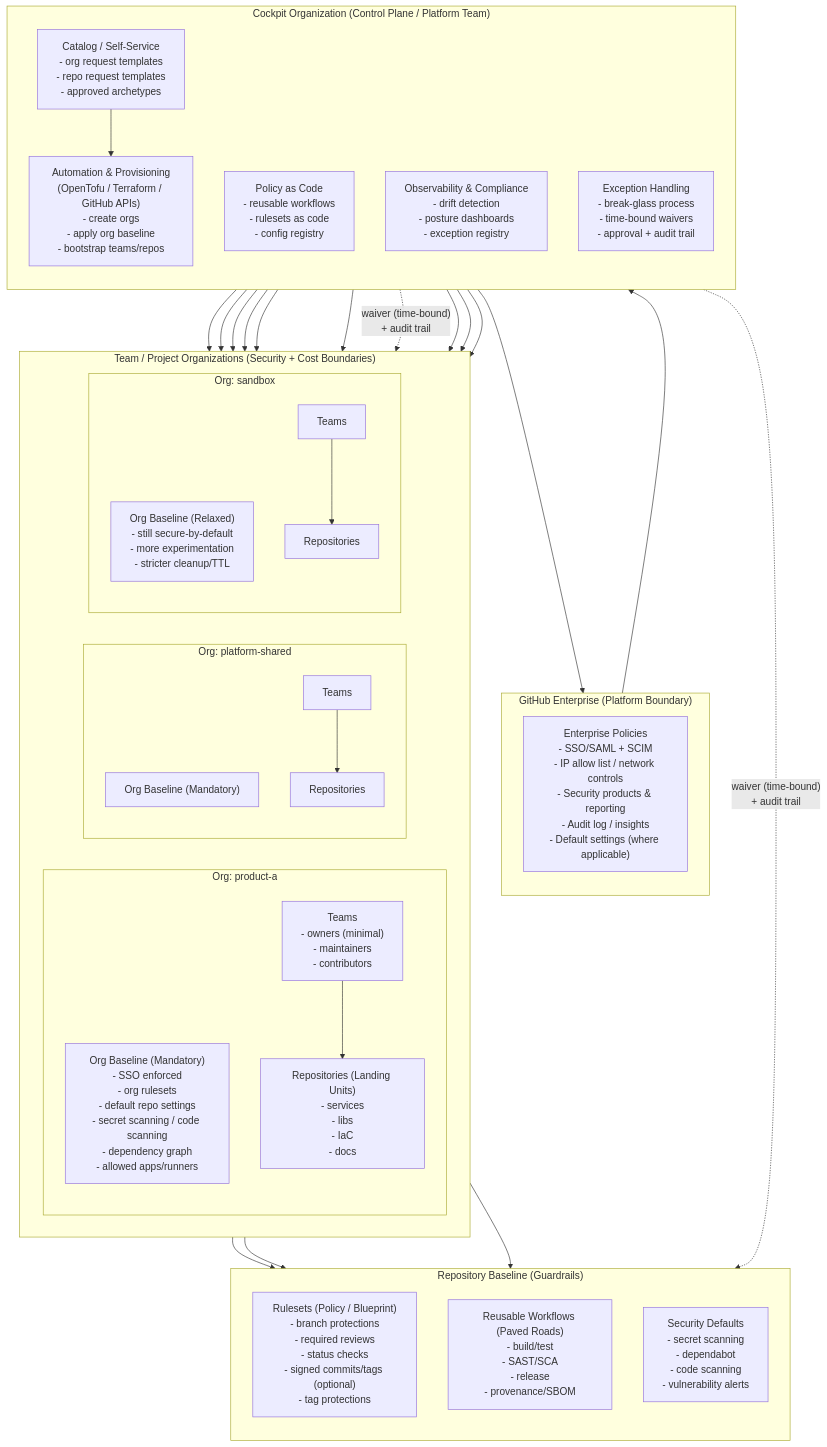
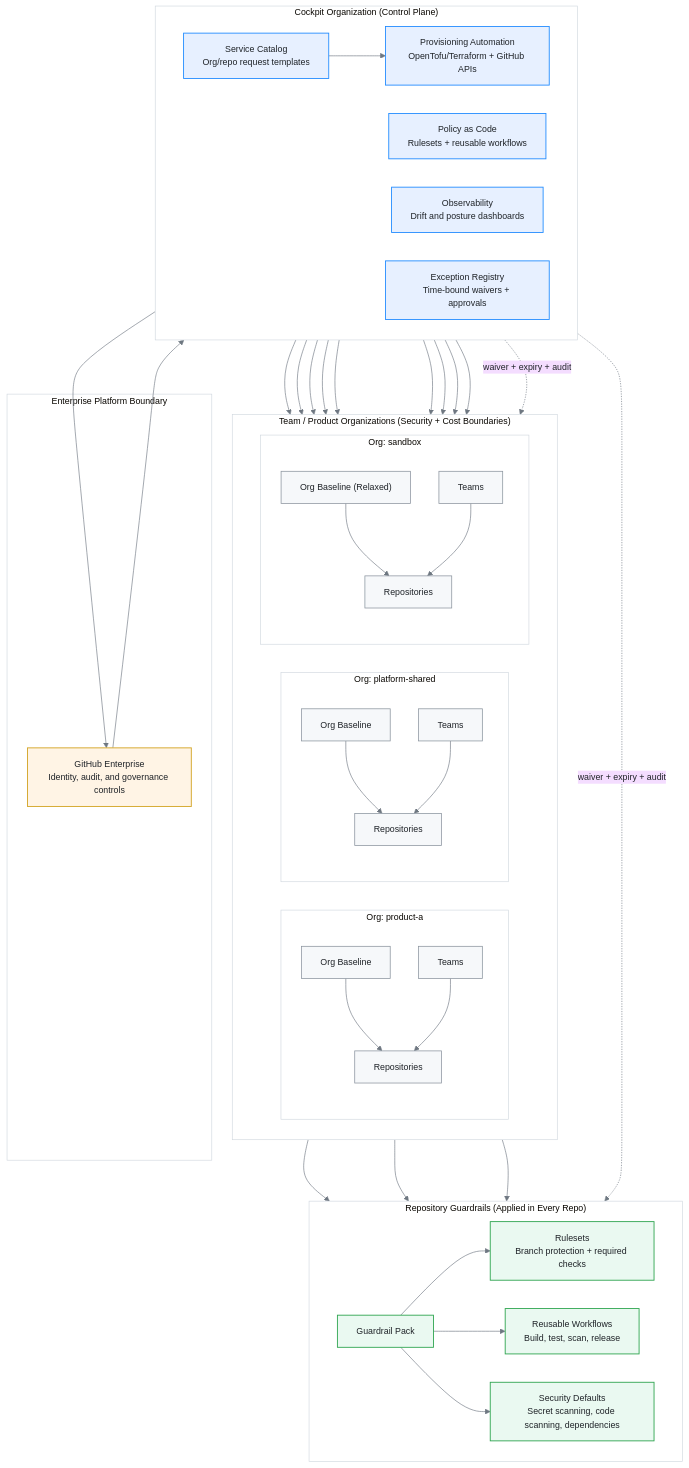
One commit to MAMMISAID/Gh-Delivery-Zone changed the diagram in docs/architecture/mental-model.md. Above: the diagram before and after it, drawn with Mermaid. The commit also changed 64 other files, not shown here.

First line of the commit message:
Add search index, sitemap, and custom stylesheets for GitHub Enterprise documentation

````diff
--- a/docs/architecture/mental-model.md
+++ b/docs/architecture/mental-model.md
@@ -18,100 +18,86 @@
 ```mermaid
+%%{init: {'theme': 'base', 'flowchart': {'curve': 'basis', 'nodeSpacing': 45, 'rankSpacing': 65}, 'themeVariables': {'fontSize': '14px', 'fontFamily': 'Segoe UI, Arial, sans-serif', 'lineColor': '#6e7781', 'clusterBkg': '#ffffff', 'clusterBorder': '#d0d7de', 'primaryTextColor': '#1f2328'}}}%%
 flowchart TB
-  %% =========================
-  %% GitHub Enterprise Landing Zone - Governance Topology
-  %% =========================
-
-  subgraph ENT["GitHub Enterprise (Platform Boundary)"]
-    direction TB
-
-    %% ---- Enterprise governance surfaces ----
-    EP["Enterprise Policies\n- SSO/SAML + SCIM\n- IP allow list / network controls\n- Security products & reporting\n- Audit log / insights\n- Default settings (where applicable)"]
+  subgraph L1["Enterprise Platform Boundary"]
+    EP["GitHub Enterprise<br/>Identity, audit, and governance controls"]
   end
 
-  %% =========================
-  %% Cockpit / Control Plane Org
-  %% =========================
-  subgraph COCKPIT["Cockpit Organization (Control Plane / Platform Team)"]
-    direction TB
-
-    CAT["Catalog / Self-Service\n- org request templates\n- repo request templates\n- approved archetypes"]
-    AUTO["Automation & Provisioning\n(OpenTofu / Terraform / GitHub APIs)\n- create orgs\n- apply org baseline\n- bootstrap teams/repos"]
-    POLICY["Policy as Code\n- reusable workflows\n- rulesets as code\n- config registry"]
-    OBS["Observability & Compliance\n- drift detection\n- posture dashboards\n- exception registry"]
-    ESC["Exception Handling\n- break-glass process\n- time-bound waivers\n- approval + audit trail"]
+  subgraph L2["Cockpit Organization (Control Plane)"]
+    direction LR
+    CAT["Service Catalog<br/>Org/repo request templates"]
+    AUTO["Provisioning Automation<br/>OpenTofu/Terraform + GitHub APIs"]
+    POLICY["Policy as Code<br/>Rulesets + reusable workflows"]
+    OBS["Observability<br/>Drift and posture dashboards"]
+    EXC["Exception Registry<br/>Time-bound waivers + approvals"]
+    CAT --> AUTO
   end
 
-  %% =========================
-  %% Team / Project Orgs
-  %% =========================
-  subgraph ORGS["Team / Project Organizations (Security + Cost Boundaries)"]
+  subgraph L3["Team / Product Organizations (Security + Cost Boundaries)"]
     direction LR
-
-    subgraph ORG1["Org: product-a"]
+    subgraph ORG_A["Org: product-a"]
       direction TB
-      O1BASE["Org Baseline (Mandatory)\n- SSO enforced\n- org rulesets\n- default repo settings\n- secret scanning / code scanning\n- dependency graph\n- allowed apps/runners"]
-      O1TEAM["Teams\n- owners (minimal)\n- maintainers\n- contributors"]
-      O1REPOS["Repositories (Landing Units)\n- services\n- libs\n- IaC\n- docs"]
+      A_BASE["Org Baseline"]
+      A_TEAM["Teams"]
+      A_REPO["Repositories"]
+      A_BASE --> A_REPO
+      A_TEAM --> A_REPO
     end
-
-    subgraph ORG2["Org: platform-shared"]
+    subgraph ORG_B["Org: platform-shared"]
       direction TB
-      O2BASE["Org Baseline (Mandatory)"]
-      O2TEAM["Teams"]
-      O2REPOS["Repositories"]
+      B_BASE["Org Baseline"]
+      B_TEAM["Teams"]
+      B_REPO["Repositories"]
+      B_BASE --> B_REPO
+      B_TEAM --> B_REPO
     end
-
-    subgraph ORG3["Org: sandbox"]
+    subgraph ORG_C["Org: sandbox"]
       direction TB
-      O3BASE["Org Baseline (Relaxed)\n- still secure-by-default\n- more experimentation\n- stricter cleanup/TTL"]
-      O3TEAM["Teams"]
-      O3REPOS["Repositories"]
+      C_BASE["Org Baseline (Relaxed)"]
+      C_TEAM["Teams"]
+      C_REPO["Repositories"]
+      C_BASE --> C_REPO
+      C_TEAM --> C_REPO
     end
   end
 
-  %% =========================
-  %% Repo Guardrails Pattern
-  %% =========================
-  subgraph REPOGOV["Repository Baseline (Guardrails)"]
-    direction TB
-    RS["Rulesets (Policy / Blueprint)\n- branch protections\n- required reviews\n- status checks\n- signed commits/tags (optional)\n- tag protections"]
-    WF["Reusable Workflows (Paved Roads)\n- build/test\n- SAST/SCA\n- release\n- provenance/SBOM"]
-    SEC["Security Defaults\n- secret scanning\n- dependabot\n- code scanning\n- vulnerability alerts"]
+  subgraph L4["Repository Guardrails (Applied in Every Repo)"]
+    direction LR
+    GATE["Guardrail Pack"]
+    RS["Rulesets<br/>Branch protection + required checks"]
+    WF["Reusable Workflows<br/>Build, test, scan, release"]
+    SEC["Security Defaults<br/>Secret scanning, code scanning, dependencies"]
+    GATE --> RS
+    GATE --> WF
+    GATE --> SEC
   end
 
-  %% =========================
-  %% Relationships
-  %% =========================
-  EP --> COCKPIT
+  EP --> AUTO
+  AUTO --> A_BASE
+  AUTO --> B_BASE
+  AUTO --> C_BASE
+  POLICY --> A_BASE
+  POLICY --> B_BASE
+  POLICY --> C_BASE
 
-  %% Self-service path
-  CAT --> AUTO
-  AUTO --> ORG1
-  AUTO --> ORG2
-  AUTO --> ORG3
+  A_REPO --> GATE
+  B_REPO --> GATE
+  C_REPO --> GATE
 
-  %% Baselines applied everywhere
-  POLICY --> O1BASE
-  POLICY --> O2BASE
-  POLICY --> O3BASE
+  OBS --> EP
+  OBS --> A_BASE
+  OBS --> B_BASE
+  OBS --> C_BASE
 
-  %% Repo guardrails applied inside orgs
-  O1REPOS --> REPOGOV
-  O2REPOS --> REPOGOV
-  O3REPOS --> REPOGOV
+  EXC -. "waiver + expiry + audit" .-> A_BASE
+  EXC -. "waiver + expiry + audit" .-> GATE
 
-  %% Compliance feedback loop
-  OBS --> EP
-  OBS --> O1BASE
-  OBS --> O2BASE
-  OBS --> O3BASE
+  classDef enterprise fill:#fff4e5,stroke:#d4a72c,stroke-width:1.5px,color:#1f2328;
+  classDef control fill:#e7f0ff,stroke:#218bff,stroke-width:1.4px,color:#1f2328;
+  classDef org fill:#f6f8fa,stroke:#8c959f,stroke-width:1.2px,color:#1f2328;
+  classDef guard fill:#eaf9f1,stroke:#2da44e,stroke-width:1.4px,color:#1f2328;
 
-  %% Exceptions are controlled
-  ESC -. "waiver (time-bound)\n+ audit trail" .-> O1BASE
-  ESC -. "waiver (time-bound)\n+ audit trail" .-> RS
-
-  %% Teams operate repos within boundaries
-  O1TEAM --> O1REPOS
-  O2TEAM --> O2REPOS
-  O3TEAM --> O3REPOS
+  class EP enterprise;
+  class CAT,AUTO,POLICY,OBS,EXC control;
+  class A_BASE,A_TEAM,A_REPO,B_BASE,B_TEAM,B_REPO,C_BASE,C_TEAM,C_REPO org;
+  class GATE,RS,WF,SEC guard;
 ```
````
